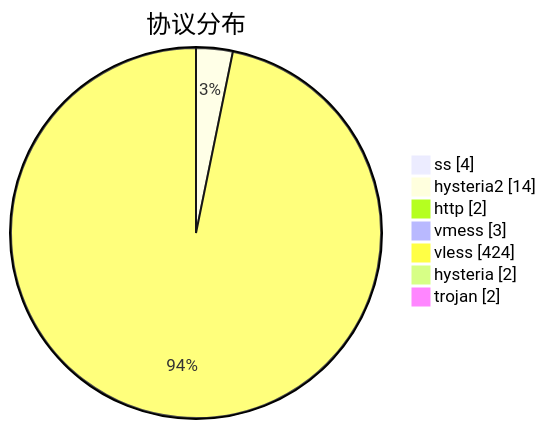
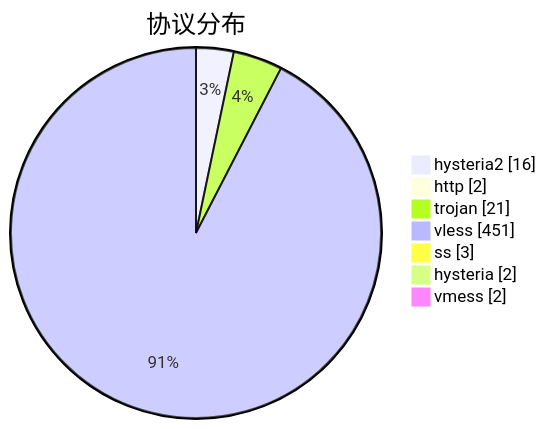
The third of 3 diagrams in subs/statistics/tested_within.md (sinspired/airport), drawn with Mermaid before and after one commit. The commit also changed other lines of this file and 2 other files, not shown here.

````diff
--- a/subs/statistics/tested_within.md
+++ b/subs/statistics/tested_within.md
@@ -35,11 +35,11 @@
 ```mermaid
 pie showData
 title 协议分布
-"ss" : 4
-"hysteria2" : 14
+"hysteria2" : 16
 "http" : 2
-"vmess" : 3
-"vless" : 424
+"trojan" : 21
+"vless" : 451
+"ss" : 3
 "hysteria" : 2
-"trojan" : 2
+"vmess" : 2
 ```
````
